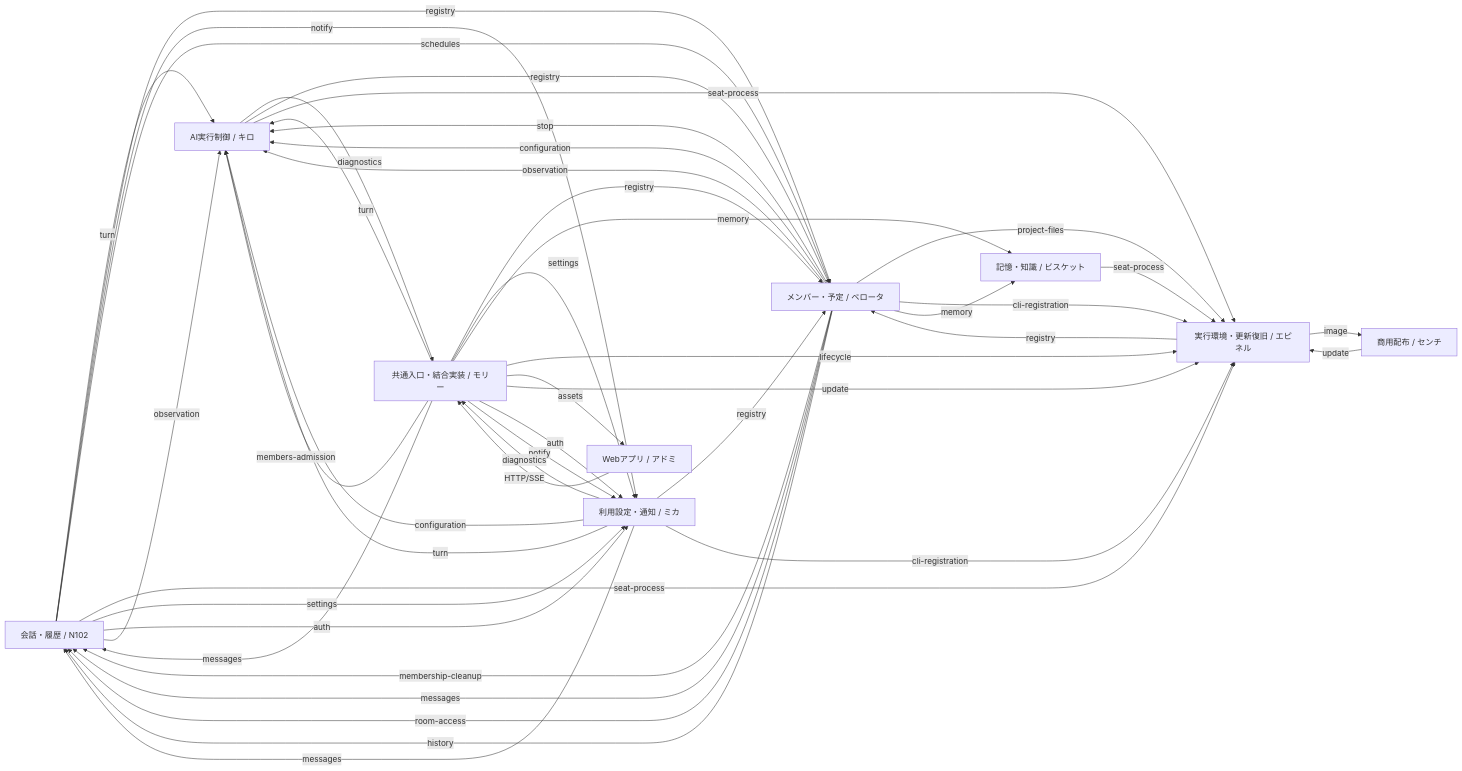
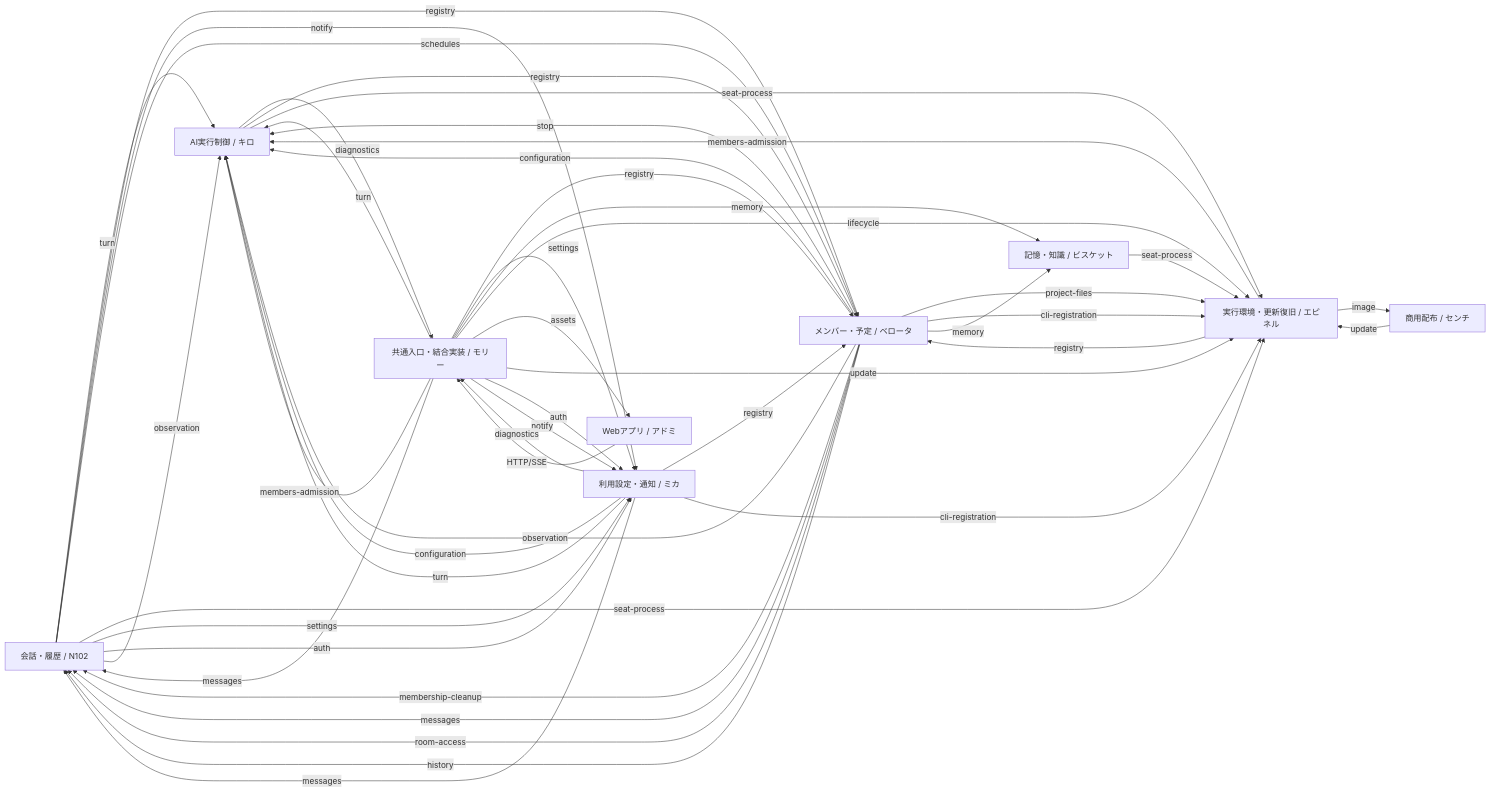
The first of 2 diagrams in docs/architecture/feature-map.md (kitepon/BellTeam), drawn with Mermaid before and after one commit. The commit also changed 31 other files, not shown here.

````diff
--- a/docs/architecture/feature-map.md
+++ b/docs/architecture/feature-map.md
@@ -11,55 +11,56 @@
 ```mermaid
 flowchart LR
   m_conversation["会話・履歴 / N102"]
   m_distribution["商用配布 / センチ"]
   m_execution["AI実行制御 / キロ"]
   m_integration["共通入口・結合実装 / モリー"]
   m_members["メンバー・予定 / ベロータ"]
   m_memory["記憶・知識 / ビスケット"]
   m_runtime["実行環境・更新復旧 / エピネル"]
   m_usage["利用設定・通知 / ミカ"]
   m_web["Webアプリ / アドミ"]
   m_conversation -->|"turn"| m_execution
   m_conversation -->|"registry"| m_members
   m_conversation -->|"notify"| m_usage
   m_conversation -->|"schedules"| m_members
   m_conversation -->|"seat-process"| m_runtime
   m_conversation -->|"settings"| m_usage
   m_conversation -->|"auth"| m_usage
   m_conversation -->|"observation"| m_execution
   m_distribution -->|"update"| m_runtime
   m_execution -->|"diagnostics"| m_integration
   m_execution -->|"registry"| m_members
   m_execution -->|"seat-process"| m_runtime
   m_integration -->|"turn"| m_execution
   m_integration -->|"messages"| m_conversation
   m_integration -->|"registry"| m_members
   m_integration -->|"settings"| m_usage
   m_integration -->|"memory"| m_memory
   m_integration -->|"lifecycle"| m_runtime
   m_integration -->|"assets"| m_web
   m_integration -->|"update"| m_runtime
   m_integration -->|"auth"| m_usage
   m_integration -->|"notify"| m_usage
   m_integration -->|"members-admission"| m_execution
   m_members -->|"stop"| m_execution
   m_members -->|"project-files"| m_runtime
   m_members -->|"cli-registration"| m_runtime
   m_members -->|"membership-cleanup"| m_conversation
   m_members -->|"messages"| m_conversation
   m_members -->|"memory"| m_memory
   m_members -->|"room-access"| m_conversation
   m_members -->|"configuration"| m_execution
   m_members -->|"observation"| m_execution
   m_members -->|"history"| m_conversation
   m_memory -->|"seat-process"| m_runtime
   m_runtime -->|"registry"| m_members
   m_runtime -->|"image"| m_distribution
+  m_runtime -->|"members-admission"| m_execution
   m_usage -->|"registry"| m_members
   m_usage -->|"messages"| m_conversation
   m_usage -->|"cli-registration"| m_runtime
   m_usage -->|"diagnostics"| m_integration
   m_usage -->|"configuration"| m_execution
   m_usage -->|"turn"| m_execution
   m_web -->|"HTTP/SSE"| m_integration
 ```
````
